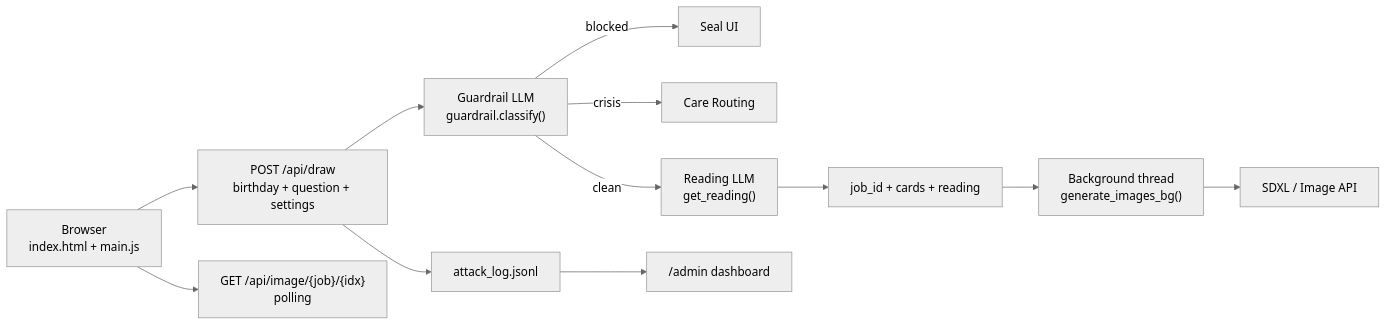
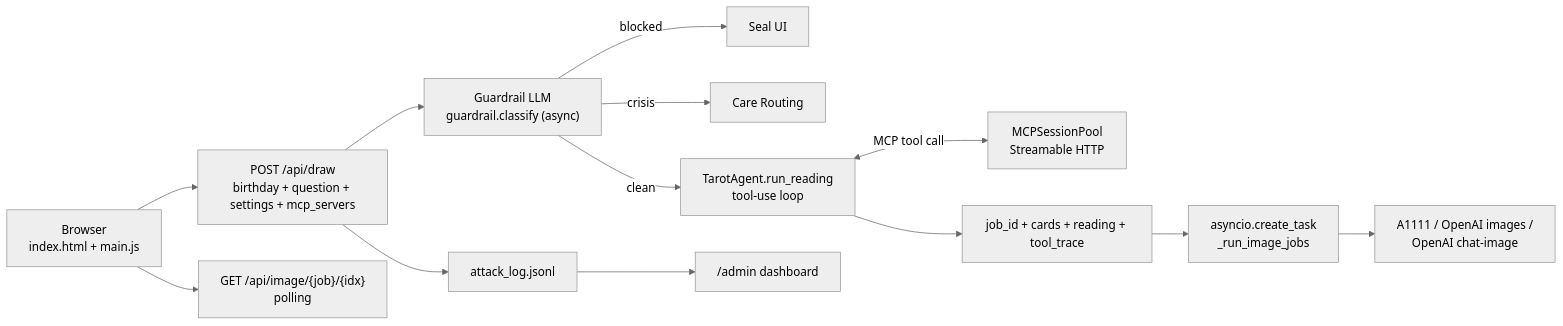
One commit to weiyehhsu/ItGenerativeAI_Presentation changed the diagram in slides.md. Above: the diagram before and after it, drawn with Mermaid (neutral theme). The commit also changed other lines of this file, not shown here.

````diff
--- a/slides.md
+++ b/slides.md
@@ -104,14 +104,15 @@
 ```mermaid
 flowchart LR
-  U["Browser<br/>index.html + main.js"] --> D["POST /api/draw<br/>birthday + question + settings"]
-  D --> G["Guardrail LLM<br/>guardrail.classify()"]
+  U["Browser<br/>index.html + main.js"] --> D["POST /api/draw<br/>birthday + question + settings + mcp_servers"]
+  D --> G["Guardrail LLM<br/>guardrail.classify (async)"]
   G -->|blocked| B["Seal UI"]
   G -->|crisis| C["Care Routing"]
-  G -->|clean| R["Reading LLM<br/>get_reading()"]
-  R --> J["job_id + cards + reading"]
-  J --> P["Background thread<br/>generate_images_bg()"]
-  P --> I["SDXL / Image API"]
+  G -->|clean| R["TarotAgent.run_reading<br/>tool-use loop"]
+  R <-->|MCP tool call| M["MCPSessionPool<br/>Streamable HTTP"]
+  R --> J["job_id + cards + reading + tool_trace"]
+  J --> P["asyncio.create_task<br/>_run_image_jobs"]
+  P --> I["A1111 / OpenAI images /<br/>OpenAI chat-image"]
   U --> Q["GET /api/image/{job}/{idx}<br/>polling"]
   D --> L["attack_log.jsonl"]
   L --> A["/admin dashboard"]
 ```
````
